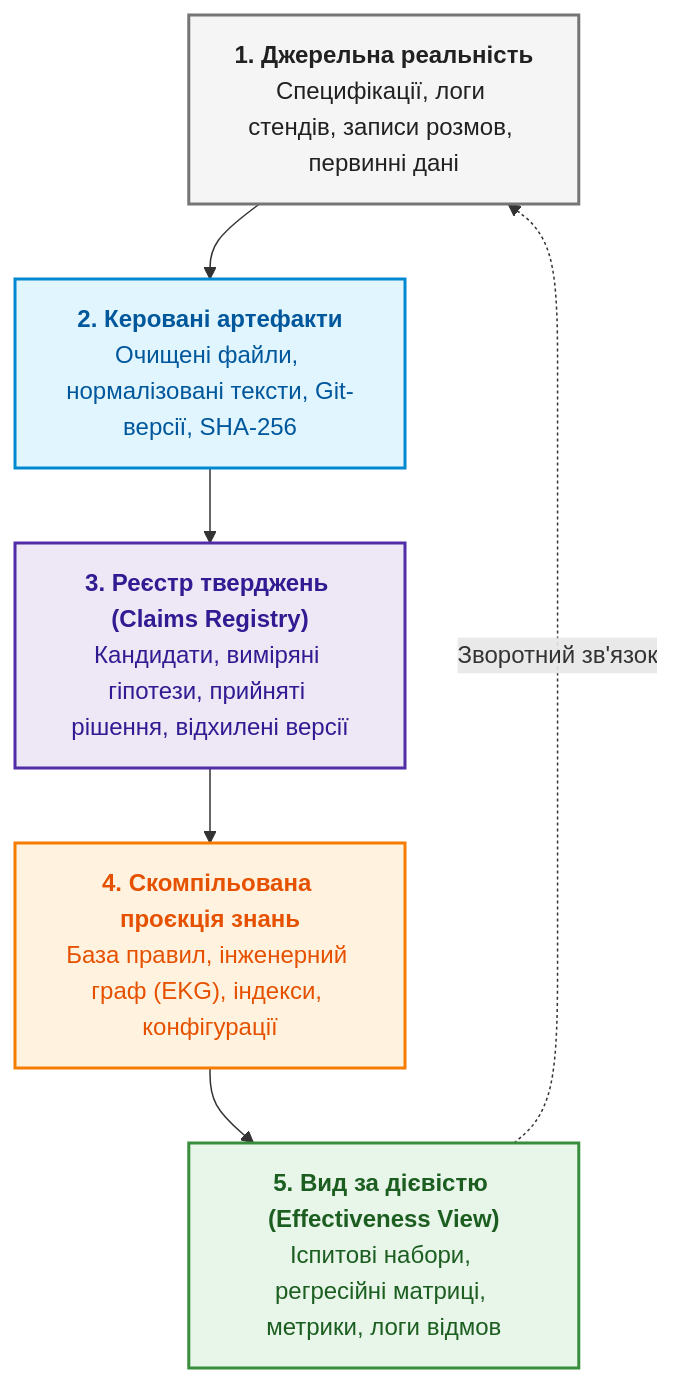
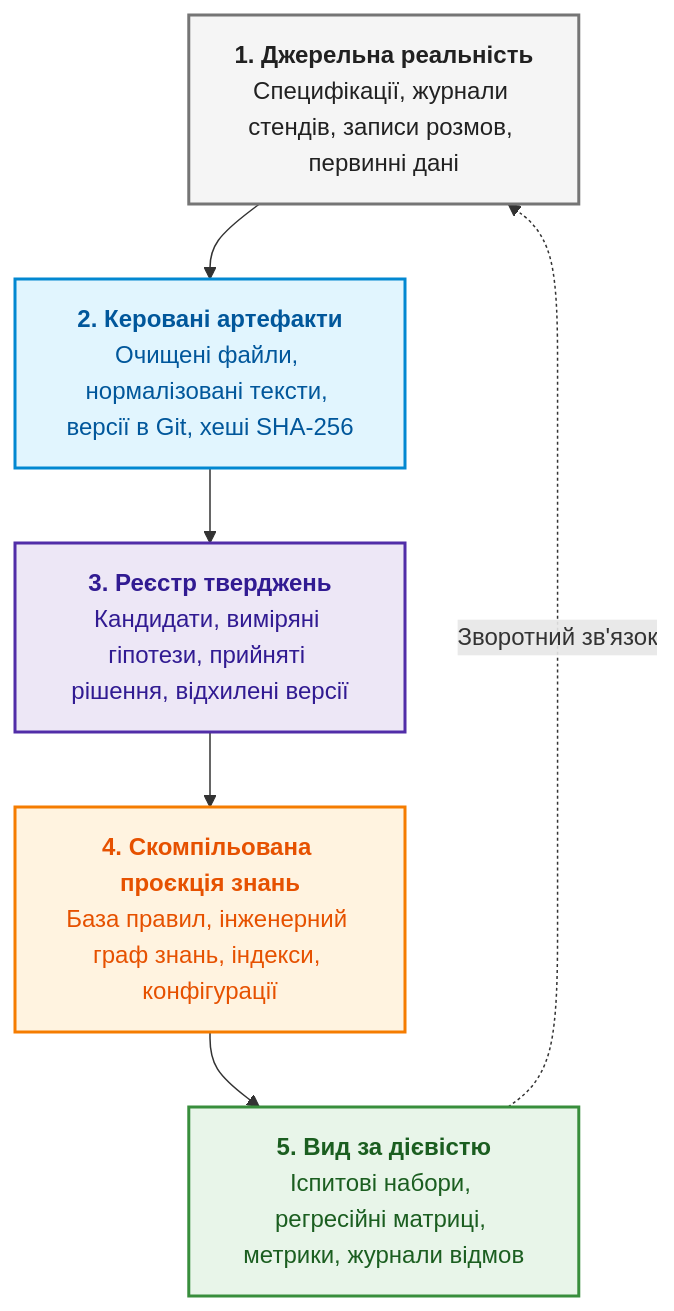
One commit to nick-fedchik/articles changed the diagram in ExpertSystem/appendix-a-evidence-governed-framework.md. Above: the diagram before and after it, drawn with Mermaid. The commit also changed other lines of this file, not shown here.

````diff
--- a/ExpertSystem/appendix-a-evidence-governed-framework.md
+++ b/ExpertSystem/appendix-a-evidence-governed-framework.md
@@ -73,23 +50,23 @@
 ```mermaid
 flowchart TB
     accTitle: П'ять шарів дослідницької пам'яті фреймворку
     accDescr: Від джерельної реальності через керовані артефакти, реєстр тверджень та скомпільовану проєкцію до виду за дієвістю.
 
-    L1["<b>1. Джерельна реальність</b><br/>Специфікації, логи стендів, записи розмов, первинні дані"] --> L2["<b>2. Керовані артефакти</b><br/>Очищені файли, нормалізовані тексти, Git-версії, SHA-256"]
-    L2 --> L3["<b>3. Реєстр тверджень (Claims Registry)</b><br/>Кандидати, виміряні гіпотези, прийняті рішення, відхилені версії"]
-    L3 --> L4["<b>4. Скомпільована проєкція знань</b><br/>База правил, інженерний граф (EKG), індекси, конфігурації"]
-    L4 --> L5["<b>5. Вид за дієвістю (Effectiveness View)</b><br/>Іспитові набори, регресійні матриці, метрики, логи відмов"]
+    L1["<b>1. Джерельна реальність</b><br/>Специфікації, журнали стендів, записи розмов, первинні дані"] --> L2["<b>2. Керовані артефакти</b><br/>Очищені файли, нормалізовані тексти, версії в Git, хеші SHA-256"]
+    L2 --> L3["<b>3. Реєстр тверджень</b><br/>Кандидати, виміряні гіпотези, прийняті рішення, відхилені версії"]
+    L3 --> L4["<b>4. Скомпільована проєкція знань</b><br/>База правил, інженерний граф знань, індекси, конфігурації"]
+    L4 --> L5["<b>5. Вид за дієвістю</b><br/>Іспитові набори, регресійні матриці, метрики, журнали відмов"]
     L5 -.->|"Зворотний зв'язок"| L1
 
     classDef l1 fill:#f5f5f5,stroke:#757575,stroke-width:2px,color:#212121;
     classDef l2 fill:#e1f5fe,stroke:#0288d1,stroke-width:2px,color:#01579b;
     classDef l3 fill:#ede7f6,stroke:#512da8,stroke-width:2px,color:#311b92;
     classDef l4 fill:#fff3e0,stroke:#f57c00,stroke-width:2px,color:#e65100;
     classDef l5 fill:#e8f5e9,stroke:#388e3c,stroke-width:2px,color:#1b5e20;
 
     class L1 l1;
     class L2 l2;
     class L3 l3;
     class L4 l4;
     class L5 l5;
 ```
````
